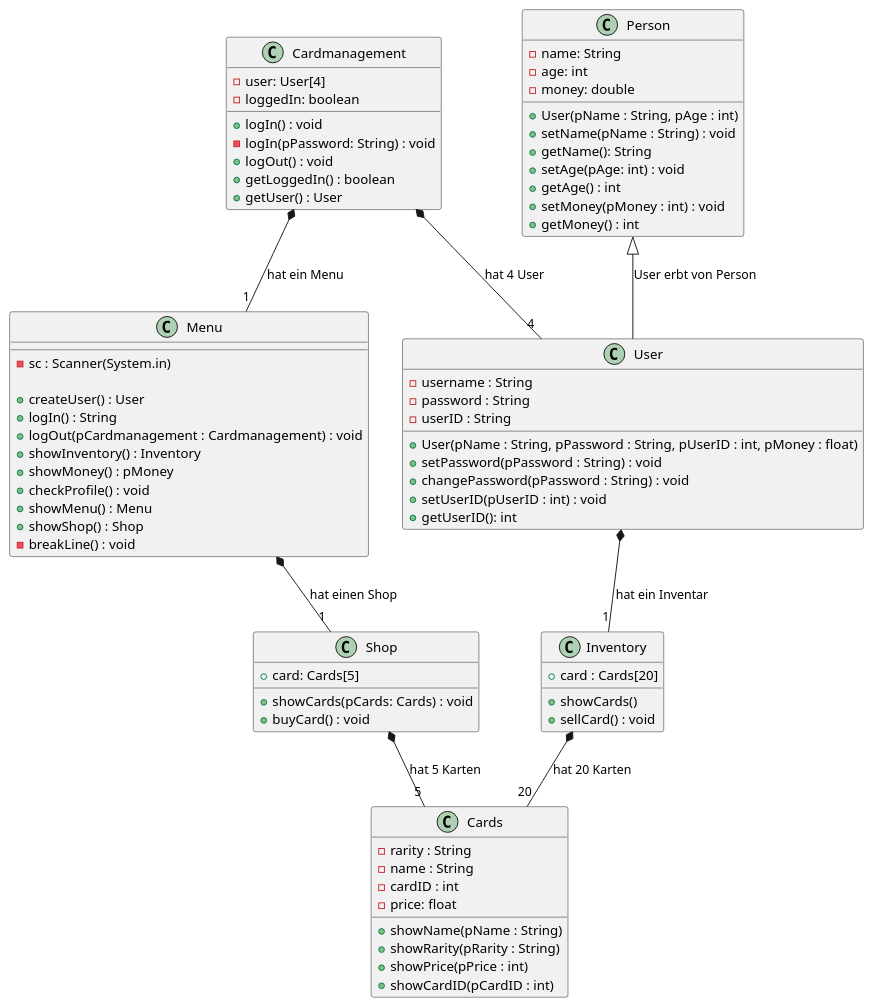
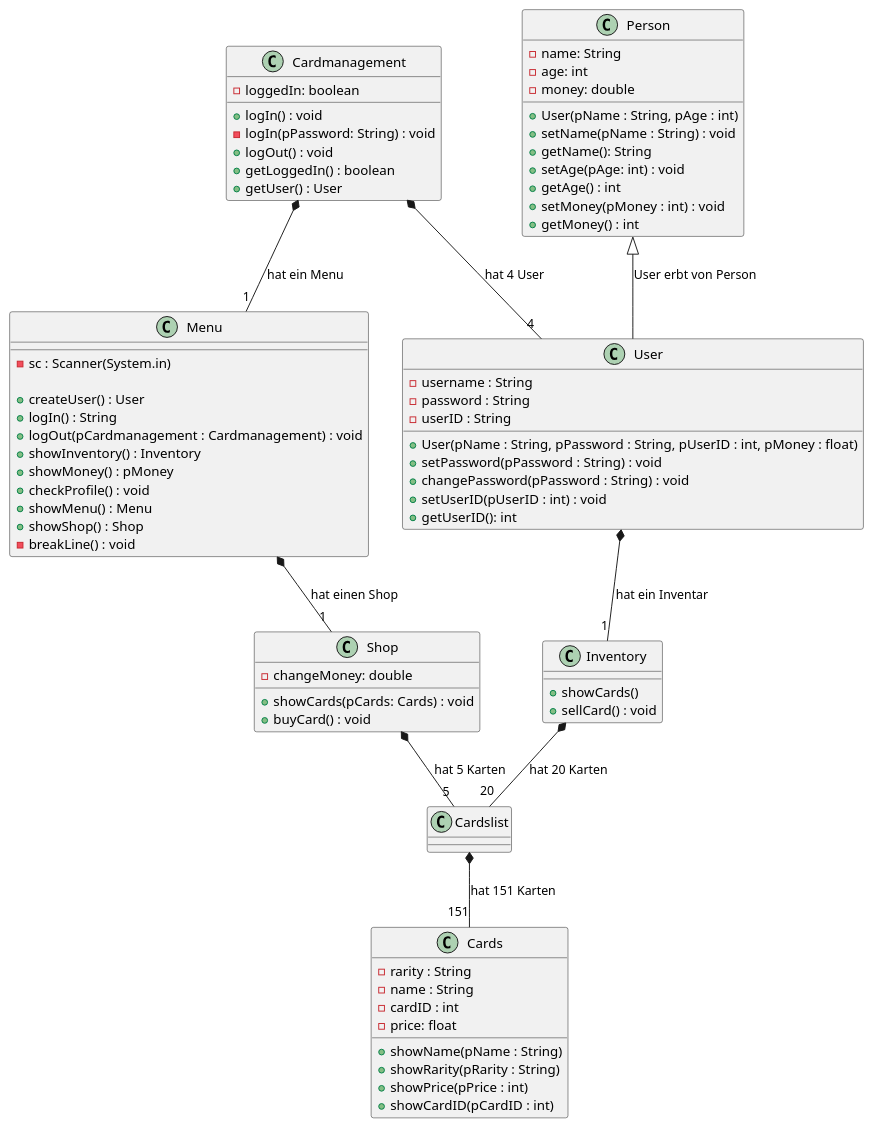
The diagram in Docs/Pflichtenheft/Diagramme/Klassendiagramm-Card.iuml (HEBK-BGM/Verwaltungssoftware_Team_4), drawn with PlantUML before and after one commit.

Commit message:
[ADD] New Class "Cardslist"

```diff
--- a/Docs/Pflichtenheft/Diagramme/Klassendiagramm-Card.iuml
+++ b/Docs/Pflichtenheft/Diagramme/Klassendiagramm-Card.iuml
@@ -1,101 +1,105 @@
 @startuml Klassendiagramm
 
 class Cardmanagement{
-    -user: User[4]
     -loggedIn: boolean
     +logIn() : void
     -logIn(pPassword: String) : void
     +logOut() : void
     +getLoggedIn() : boolean
     +getUser() : User
 
 
 
 }
 
 
 class Menu{
     -sc : Scanner(System.in)
 
     +createUser() : User
     +logIn() : String
     +logOut(pCardmanagement : Cardmanagement) : void
     +showInventory() : Inventory
     +showMoney() : pMoney
     +checkProfile() : void
     +showMenu() : Menu
     +showShop() : Shop
     -breakLine() : void
 
 
 }
 
 
 class Shop{
-    +card: Cards[5]
+    -changeMoney: double
+
+    
     +showCards(pCards: Cards) : void
     +buyCard() : void
 
 }
 
 
 class User{
     -username : String
     -password : String
     -userID : String
 
 
     +User(pName : String, pPassword : String, pUserID : int, pMoney : float)
     +setPassword(pPassword : String) : void
     +changePassword(pPassword : String) : void
     +setUserID(pUserID : int) : void
     +getUserID(): int
 
 }
 
 
 class Person{
     -name: String
     -age: int
     -money: double
 
     +User(pName : String, pAge : int)
     +setName(pName : String) : void
     +getName(): String
     +setAge(pAge: int) : void
     +getAge() : int
     +setMoney(pMoney : int) : void
     +getMoney() : int
 }
 
 
 class Cards{
     -rarity : String
     -name : String
     -cardID : int
     -price: float
 
     +showName(pName : String)
     +showRarity(pRarity : String)
     +showPrice(pPrice : int)
     +showCardID(pCardID : int)
 
 }
 
 
 class Inventory{
-+card : Cards[20]
-+showCards()
-+sellCard() : void
+    +showCards()
+    +sellCard() : void
 }
 
+
+class Cardslist{
+}
 
 Cardmanagement *-- "1" Menu : hat ein Menu
 User *-- "1" Inventory : hat ein Inventar
 Cardmanagement *-- "4" User : hat 4 User
 Menu *-- "1" Shop : hat einen Shop
-Shop *-- "5" Cards : hat 5 Karten 
-Inventory *-- "20" Cards : hat 20 Karten
+Shop *-- "5" Cardslist : hat 5 Karten 
+Inventory *-- "20" Cardslist : hat 20 Karten
+Cardslist *-- "151" Cards : hat 151 Karten
 Person <|-- User : User erbt von Person
 
 @enduml
```
